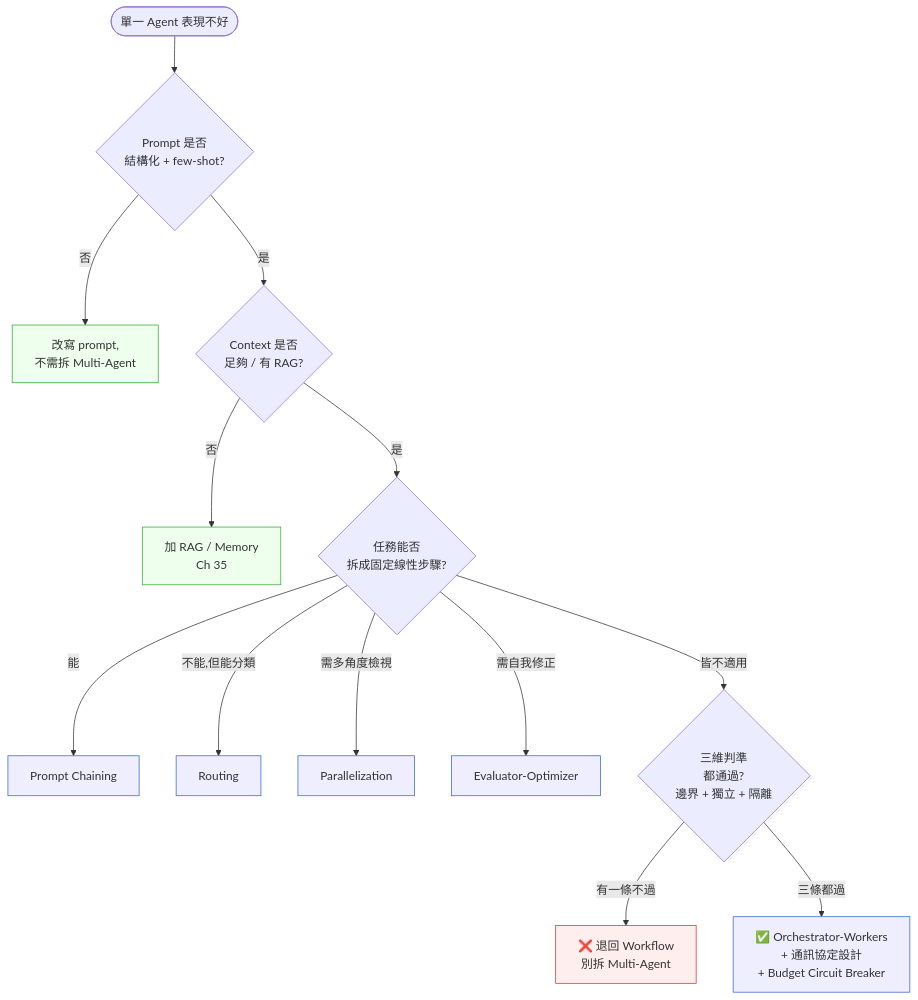
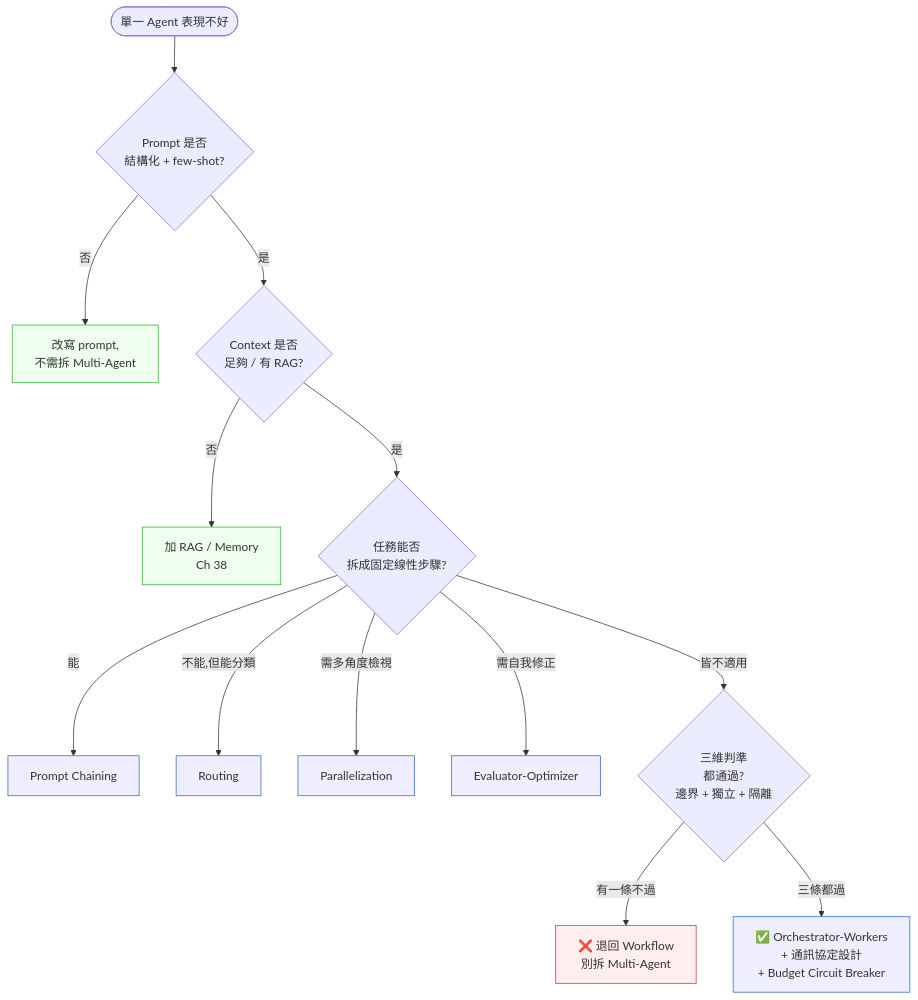
The third of 3 diagrams in book/part-07-ai-era/ch-39-multi-agent.md (EddyKuo/sa-sd-playbook), drawn with Mermaid before and after one commit. The commit also changed other lines of this file and 77 other files, not shown here.

````diff
--- a/book/part-07-ai-era/ch-39-multi-agent.md
+++ b/book/part-07-ai-era/ch-39-multi-agent.md
@@ -256,19 +256,19 @@
 ```mermaid
 flowchart TD
     Start([單一 Agent 表現不好]) --> Q1{Prompt 是否<br/>結構化 + few-shot?}
     Q1 -->|否| Fix1[改寫 prompt,<br/>不需拆 Multi-Agent]:::goal
     Q1 -->|是| Q2{"Context 是否<br/>足夠 / 有 RAG?"}
-    Q2 -->|否| Fix2["加 RAG / Memory<br/>Ch 35"]:::goal
+    Q2 -->|否| Fix2["加 RAG / Memory<br/>Ch 38"]:::goal
     Q2 -->|是| Q3{任務能否<br/>拆成固定線性步驟?}
     Q3 -->|能| W1[Prompt Chaining]:::cold
     Q3 -->|不能,但能分類| W2[Routing]:::cold
     Q3 -->|需多角度檢視| W3[Parallelization]:::cold
     Q3 -->|需自我修正| W4[Evaluator-Optimizer]:::cold
     Q3 -->|皆不適用| Q4{三維判準<br/>都通過?<br/>邊界 + 獨立 + 隔離}
     Q4 -->|有一條不過| Stop[❌ 退回 Workflow<br/>別拆 Multi-Agent]:::hot
     Q4 -->|三條都過| MA[✅ Orchestrator-Workers<br/>+ 通訊協定設計<br/>+ Budget Circuit Breaker]:::cold
 
     classDef hot fill:#fee,stroke:#c33
     classDef cold fill:#eef,stroke:#36c
     classDef goal fill:#efe,stroke:#3a3
 ```
````
